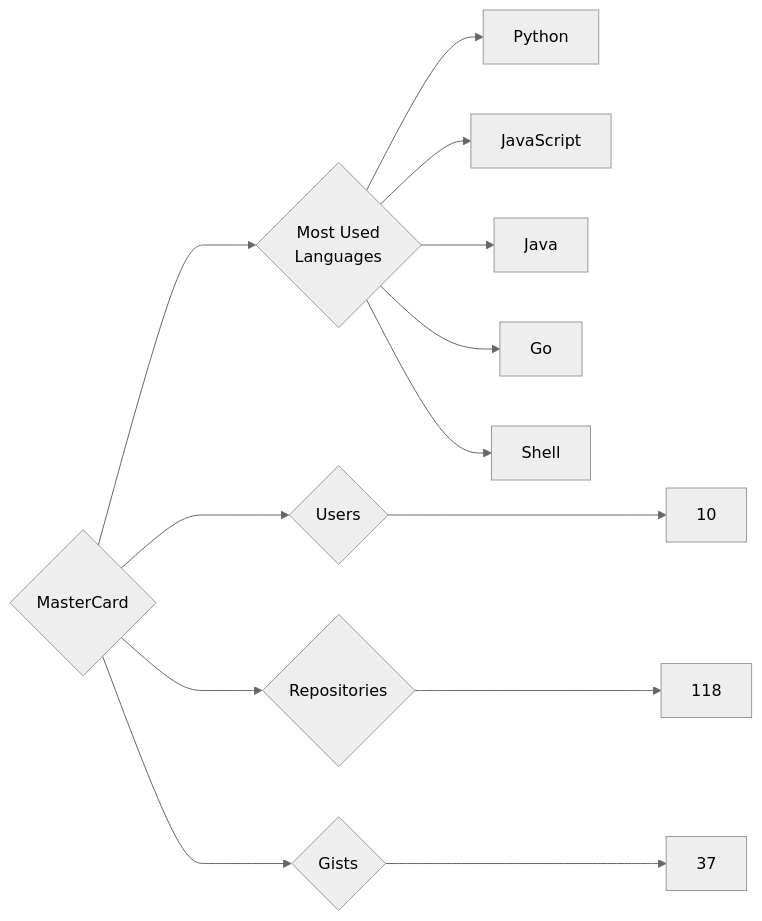
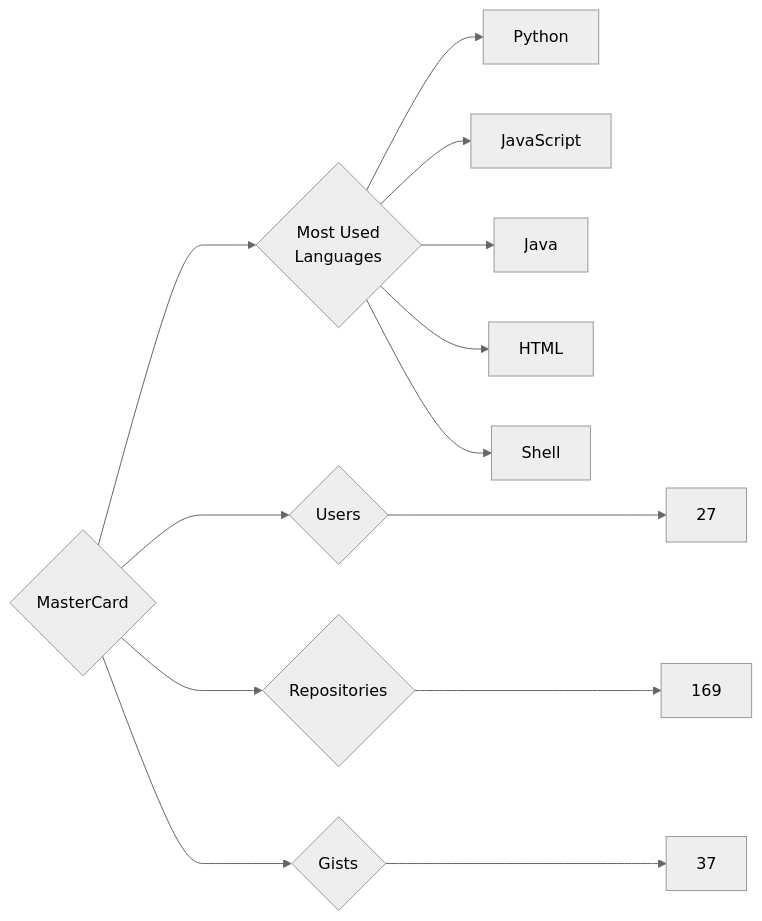
Before and after one commit to trickest/insiders: the diagram in targets/MasterCard/README.md, drawn with Mermaid (neutral theme). The commit also changed 765 other files, not shown here.

````diff
--- a/targets/MasterCard/README.md
+++ b/targets/MasterCard/README.md
@@ -3,13 +3,13 @@
 ```mermaid
 graph LR
 COMPANY_NAME{MasterCard}
-COMPANY_NAME ---> U{Users} ---> UN[10]
-COMPANY_NAME ---> R{Repositories} ---> RN[118]
+COMPANY_NAME ---> U{Users} ---> UN[27]
+COMPANY_NAME ---> R{Repositories} ---> RN[169]
 COMPANY_NAME ---> G{Gists} ---> GN[37]
 COMPANY_NAME ---> ML{Most Used<br>Languages}
 ML --> Python[Python]
 ML --> JavaScript[JavaScript]
 ML --> Java[Java]
-ML --> Go[Go]
+ML --> HTML[HTML]
 ML --> Shell[Shell]
 ```
````
